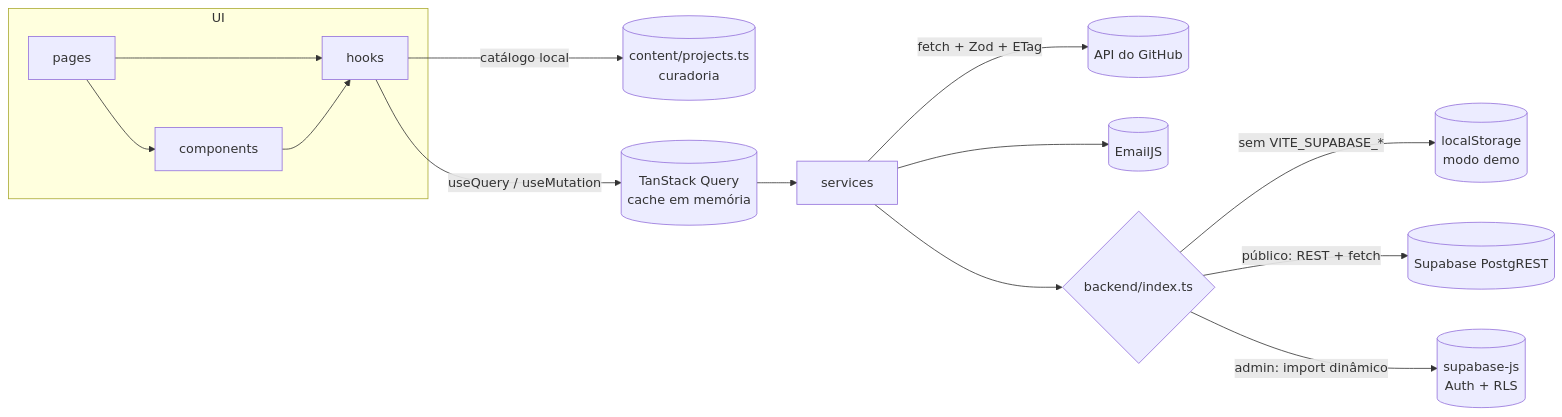
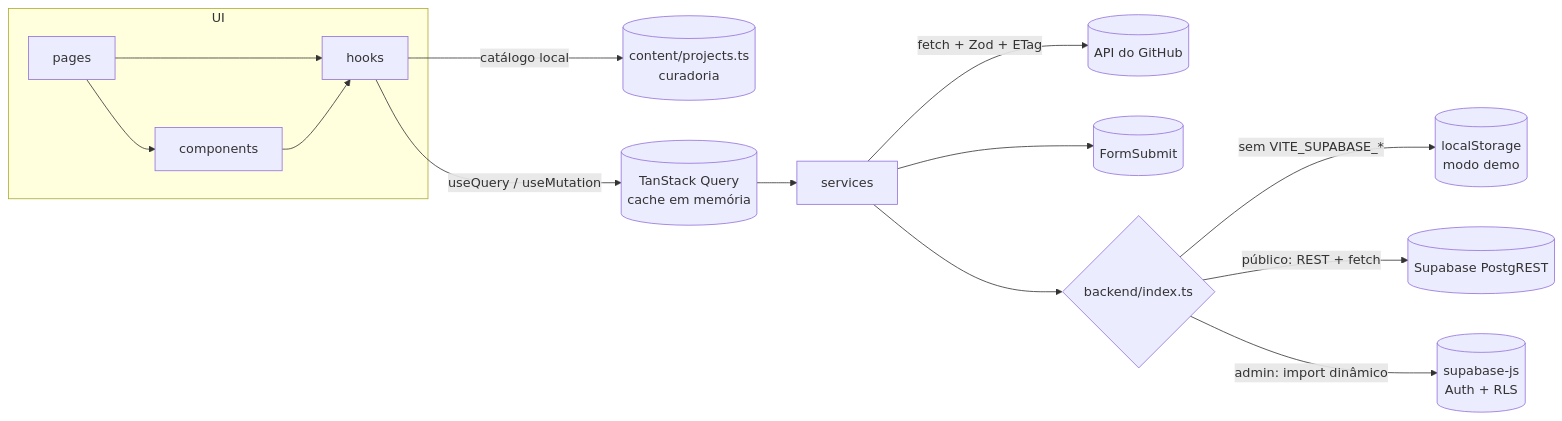
The diagram in README.md (sampaiodelvane/Portif-lio), drawn with Mermaid before and after one commit. The commit also changed other lines of this file and 7 other files, not shown here.

First line of the commit message:
feat(contato): envia mensagens por e-mail via FormSubmit

````diff
--- a/README.md
+++ b/README.md
@@ -124,17 +123,17 @@
 ```mermaid
 flowchart LR
   subgraph UI
     P[pages] --> C[components]
     P --> H[hooks]
     C --> H
   end
   H -- "catálogo local" --> CT[(content/projects.ts<br/>curadoria)]
   H -- "useQuery / useMutation" --> Q[(TanStack Query<br/>cache em memória)]
   Q --> S[services]
   S -- "fetch + Zod + ETag" --> GH[(API do GitHub)]
-  S --> E[(EmailJS)]
+  S --> E[(FormSubmit)]
   S --> B{backend/index.ts}
   B -- "sem VITE_SUPABASE_*" --> L[(localStorage<br/>modo demo)]
   B -- "público: REST + fetch" --> SR[(Supabase PostgREST)]
   B -- "admin: import dinâmico" --> SJ[(supabase-js<br/>Auth + RLS)]
 ```
````
